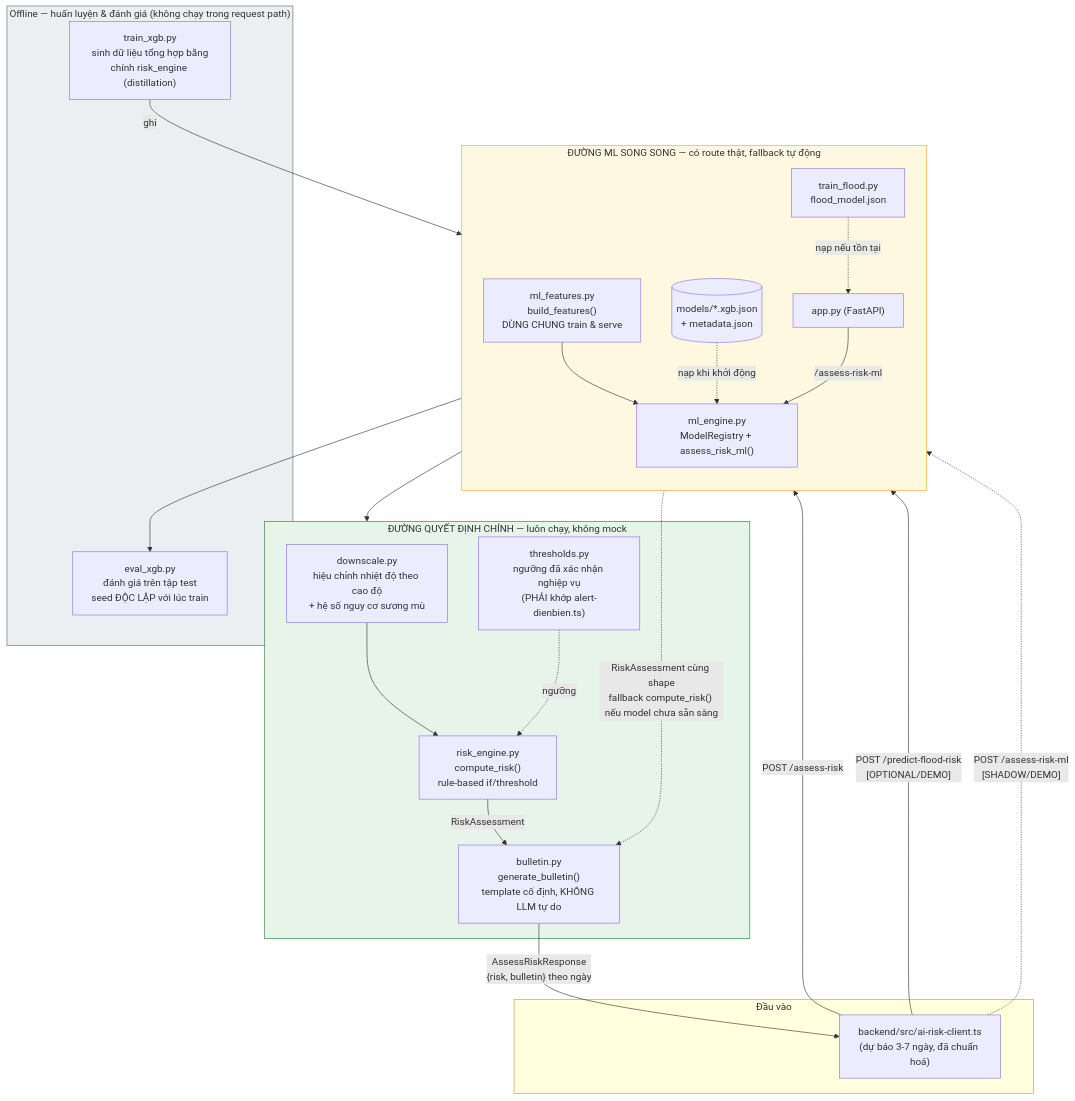
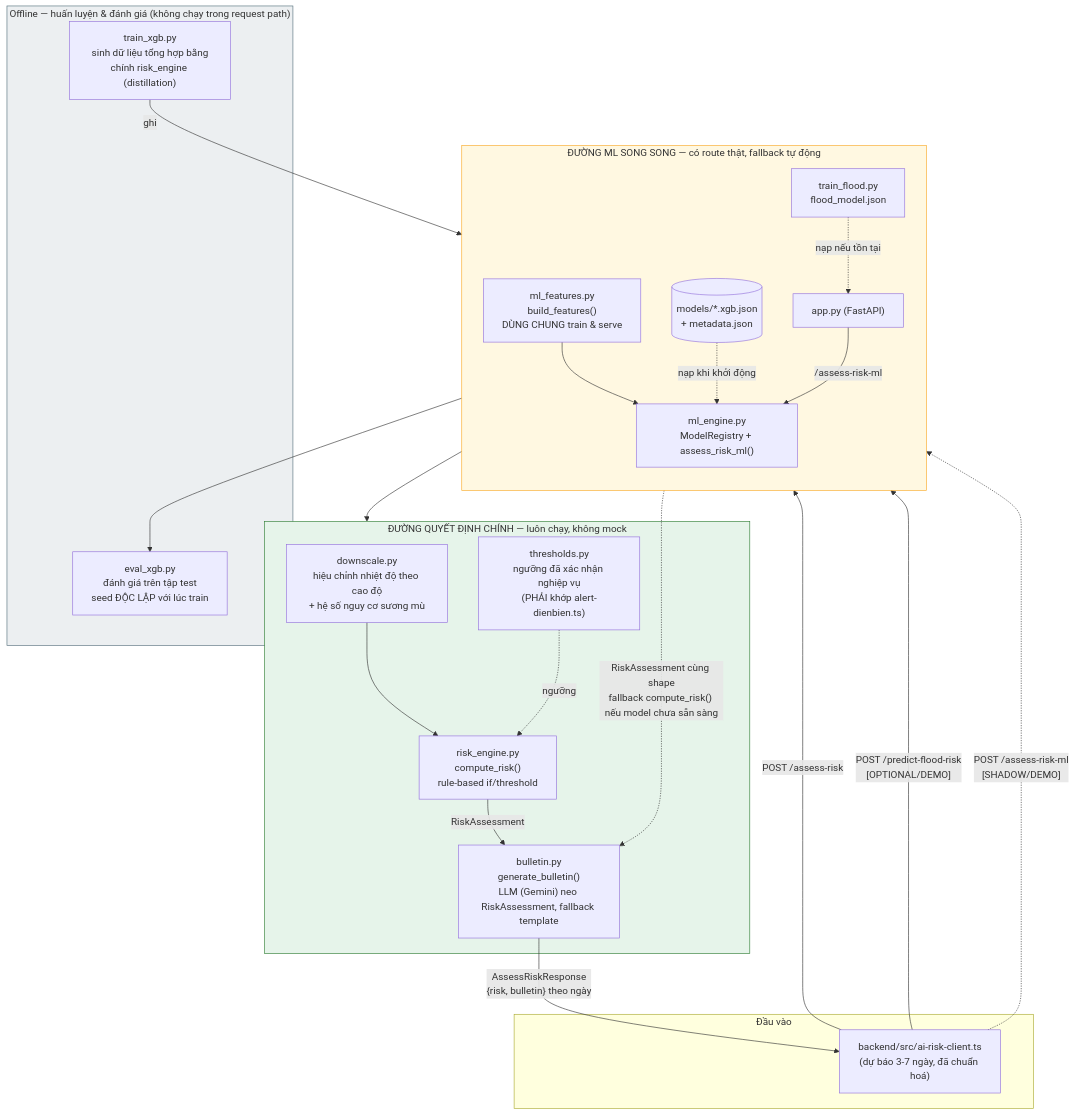
One commit to Frenkiyus1/Forestgump changed the first of 2 diagrams in ai_engine/README.md. Above: the diagram before and after it, drawn with Mermaid. The commit also changed other lines of this file and 9 other files, not shown here.

First line of the commit message:
feat(ai_engine): generate bulletins via Gemini, grounded in RiskAssessment

````diff
--- a/ai_engine/README.md
+++ b/ai_engine/README.md
@@ -49,47 +49,47 @@
 ```mermaid
 flowchart TB
     subgraph INPUT["Đầu vào"]
         BE["backend/src/ai-risk-client.ts<br/>(dự báo 3-7 ngày, đã chuẩn hoá)"]
     end
 
     BE -->|"POST /assess-risk"| APP["app.py (FastAPI)"]
     BE -->|"POST /predict-flood-risk<br/>[OPTIONAL/DEMO]"| APP
     BE -.->|"POST /assess-risk-ml<br/>[SHADOW/DEMO]"| APP
 
     subgraph PRIMARY["ĐƯỜNG QUYẾT ĐỊNH CHÍNH — luôn chạy, không mock"]
         DS["downscale.py<br/>hiệu chỉnh nhiệt độ theo cao độ<br/>+ hệ số nguy cơ sương mù"]
         RE["risk_engine.py<br/>compute_risk()<br/>rule-based if/threshold"]
         TH["thresholds.py<br/>ngưỡng đã xác nhận nghiệp vụ<br/>(PHẢI khớp alert-dienbien.ts)"]
-        BU["bulletin.py<br/>generate_bulletin()<br/>template cố định, KHÔNG LLM tự do"]
+        BU["bulletin.py<br/>generate_bulletin()<br/>LLM (Gemini) neo RiskAssessment, fallback template"]
         DS --> RE
         TH -.ngưỡng.-> RE
         RE -->|RiskAssessment| BU
     end
 
     subgraph SHADOW["ĐƯỜNG ML SONG SONG — có route thật, fallback tự động"]
         direction TB
         FEAT["ml_features.py<br/>build_features()<br/>DÙNG CHUNG train & serve"]
         REG["ml_engine.py<br/>ModelRegistry + assess_risk_ml()"]
         MDL[("models/*.xgb.json<br/>+ metadata.json")]
         FLOOD["train_flood.py<br/>flood_model.json"]
         FEAT --> REG
         MDL -.nạp khi khởi động.-> REG
         REG -.->|"RiskAssessment cùng shape<br/>fallback compute_risk() nếu model chưa sẵn sàng"| BU
         FLOOD -.nạp nếu tồn tại.-> APP
     end
 
     APP --> PRIMARY
     APP -->|"/assess-risk-ml"| REG
     BU -->|"AssessRiskResponse<br/>{risk, bulletin} theo ngày"| BE
 
     subgraph OFFLINE["Offline — huấn luyện & đánh giá (không chạy trong request path)"]
         TX["train_xgb.py<br/>sinh dữ liệu tổng hợp bằng<br/>chính risk_engine (distillation)"]
         EV["eval_xgb.py<br/>đánh giá trên tập test<br/>seed ĐỘC LẬP với lúc train"]
         TX -->|ghi| MDL
         MDL --> EV
     end
 
     style PRIMARY fill:#e6f4ea,stroke:#2e7d32
     style SHADOW fill:#fff8e1,stroke:#f9a825
     style OFFLINE fill:#eceff1,stroke:#546e7a
 ```
````
